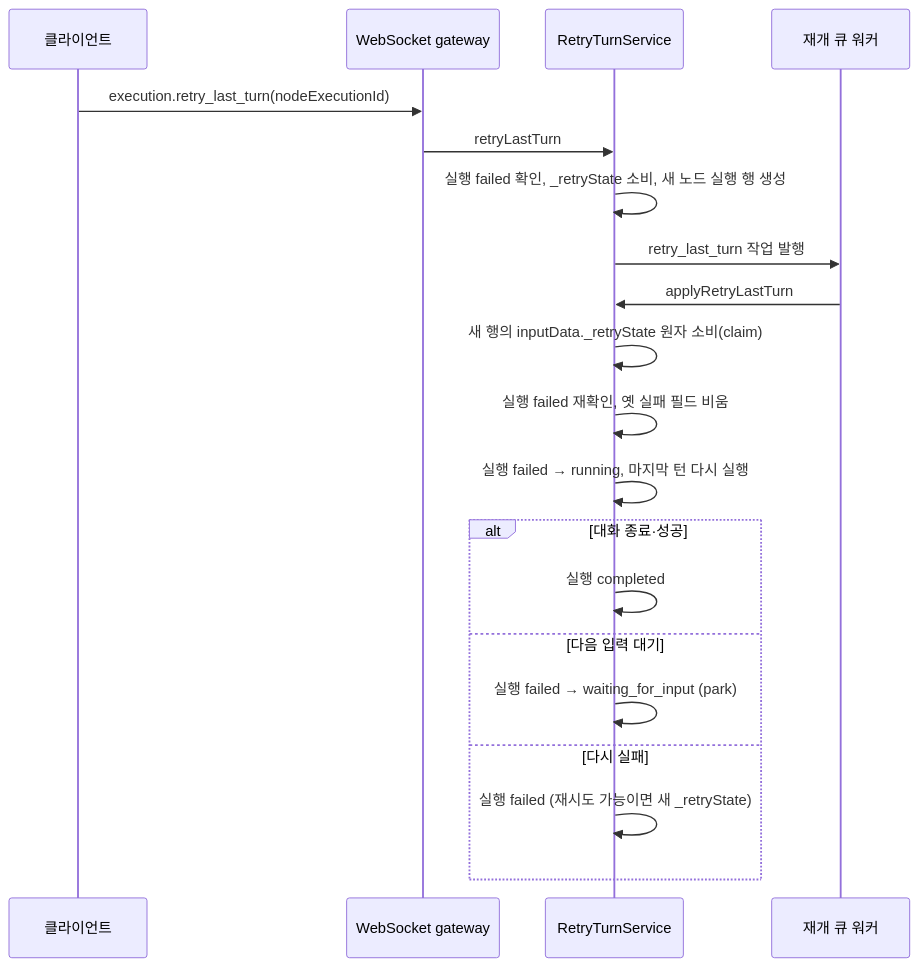
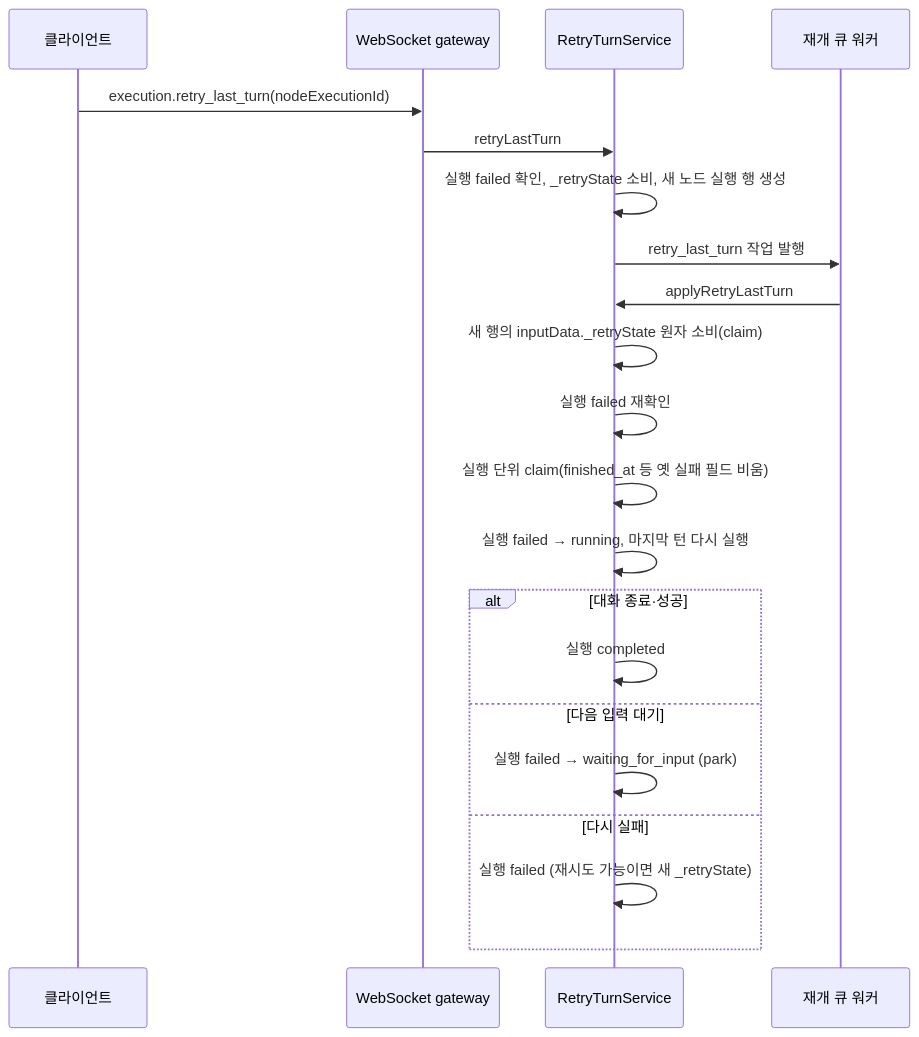
Before and after one commit to worker-ants/clemvion: the diagram in spec/CLE-EXEC/CLE-EXEC-STATE-RETRY.md, drawn with Mermaid. The commit also changed other lines of this file and 5 other files, not shown here.

````diff
--- a/spec/CLE-EXEC/CLE-EXEC-STATE-RETRY.md
+++ b/spec/CLE-EXEC/CLE-EXEC-STATE-RETRY.md
@@ -35,22 +35,23 @@
 ```mermaid
 sequenceDiagram
   participant C as 클라이언트
   participant G as WebSocket gateway
   participant R as RetryTurnService
   participant Q as 재개 큐 워커
   C->>G: execution.retry_last_turn(nodeExecutionId)
   G->>R: retryLastTurn
   R->>R: 실행 failed 확인, _retryState 소비, 새 노드 실행 행 생성
   R->>Q: retry_last_turn 작업 발행
   Q->>R: applyRetryLastTurn
   R->>R: 새 행의 inputData._retryState 원자 소비(claim)
-  R->>R: 실행 failed 재확인, 옛 실패 필드 비움
+  R->>R: 실행 failed 재확인
+  R->>R: 실행 단위 claim(finished_at 등 옛 실패 필드 비움)
   R->>R: 실행 failed → running, 마지막 턴 다시 실행
   alt 대화 종료·성공
     R->>R: 실행 completed
   else 다음 입력 대기
     R->>R: 실행 failed → waiting_for_input (park)
   else 다시 실패
     R->>R: 실행 failed (재시도 가능이면 새 _retryState)
   end
 ```
````
